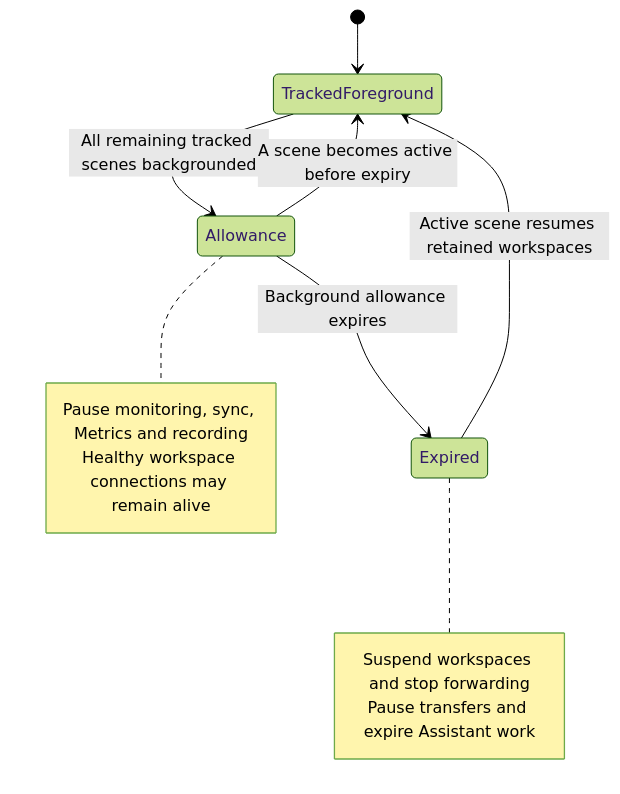
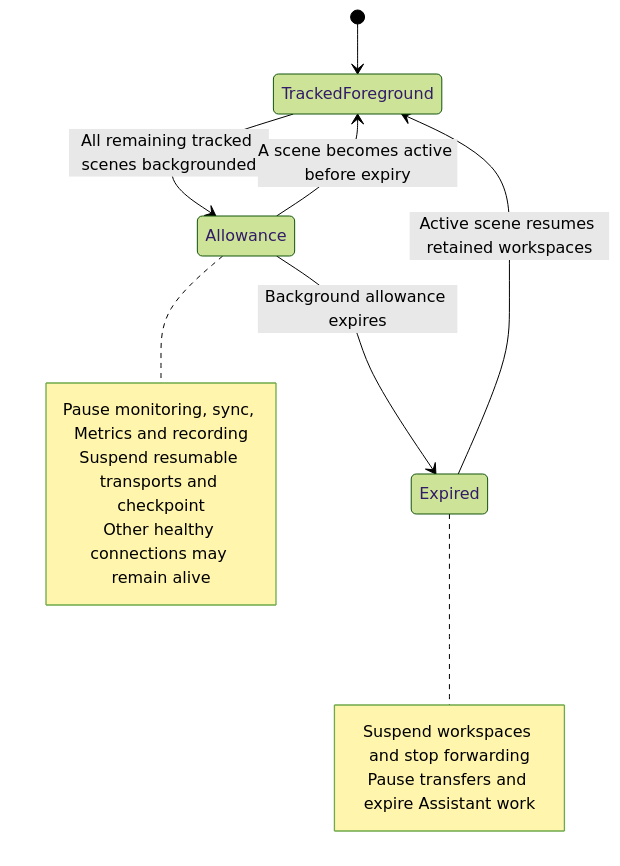
The tenth of 10 diagrams in openwiki/architecture/mobile-ui.md (AkinoKaede/Termind), drawn with Mermaid (forest theme) before and after one commit. The commit also changed other lines of this file and 67 other files, not shown here.

````diff
--- a/openwiki/architecture/mobile-ui.md
+++ b/openwiki/architecture/mobile-ui.md
@@ -515,16 +539,17 @@
 ```mermaid
 stateDiagram-v2
     [*] --> TrackedForeground
     TrackedForeground --> Allowance: All remaining tracked scenes backgrounded
     Allowance --> TrackedForeground: A scene becomes active before expiry
     Allowance --> Expired: Background allowance expires
     Expired --> TrackedForeground: Active scene resumes retained workspaces
     note right of Allowance
         Pause monitoring, sync, Metrics and recording
-        Healthy workspace connections may remain alive
+        Suspend resumable transports and checkpoint
+        Other healthy connections may remain alive
     end note
     note right of Expired
         Suspend workspaces and stop forwarding
         Pause transfers and expire Assistant work
     end note
 ```
````
